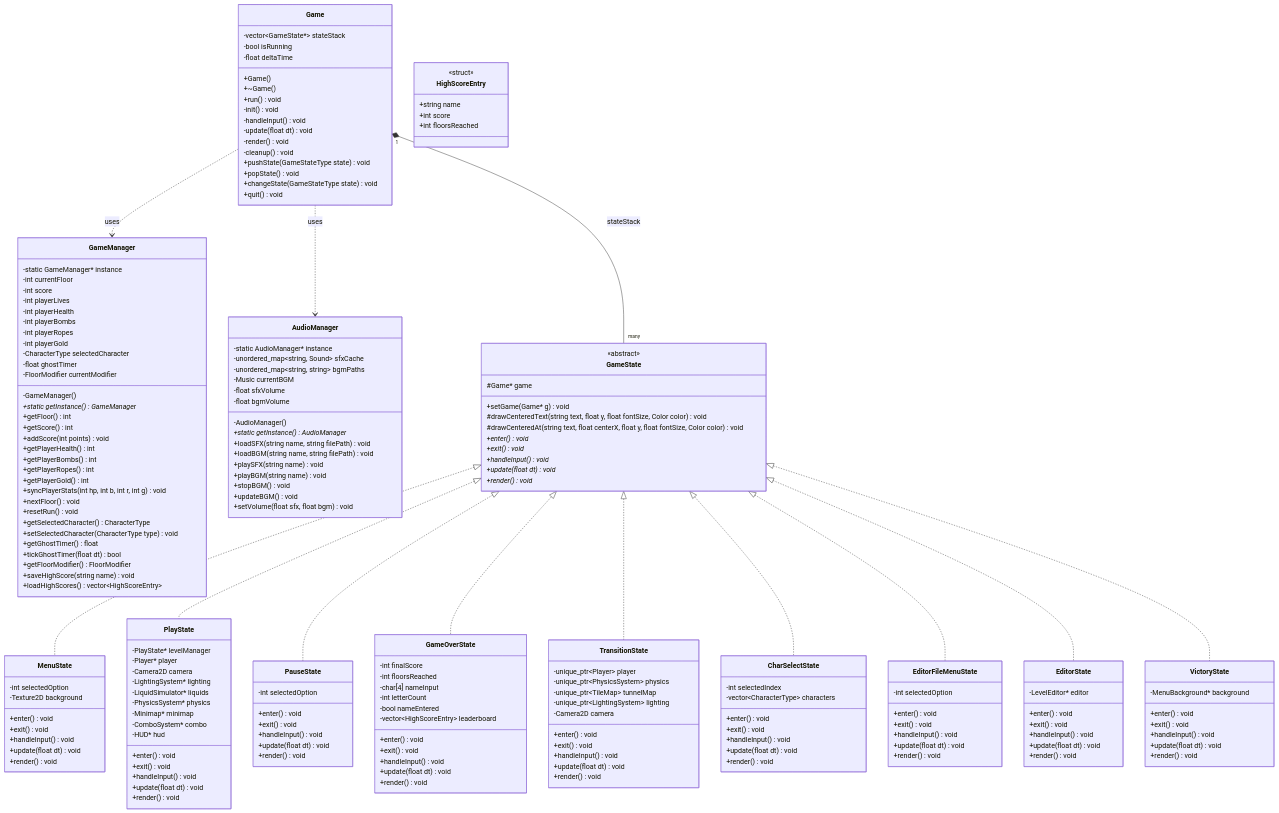
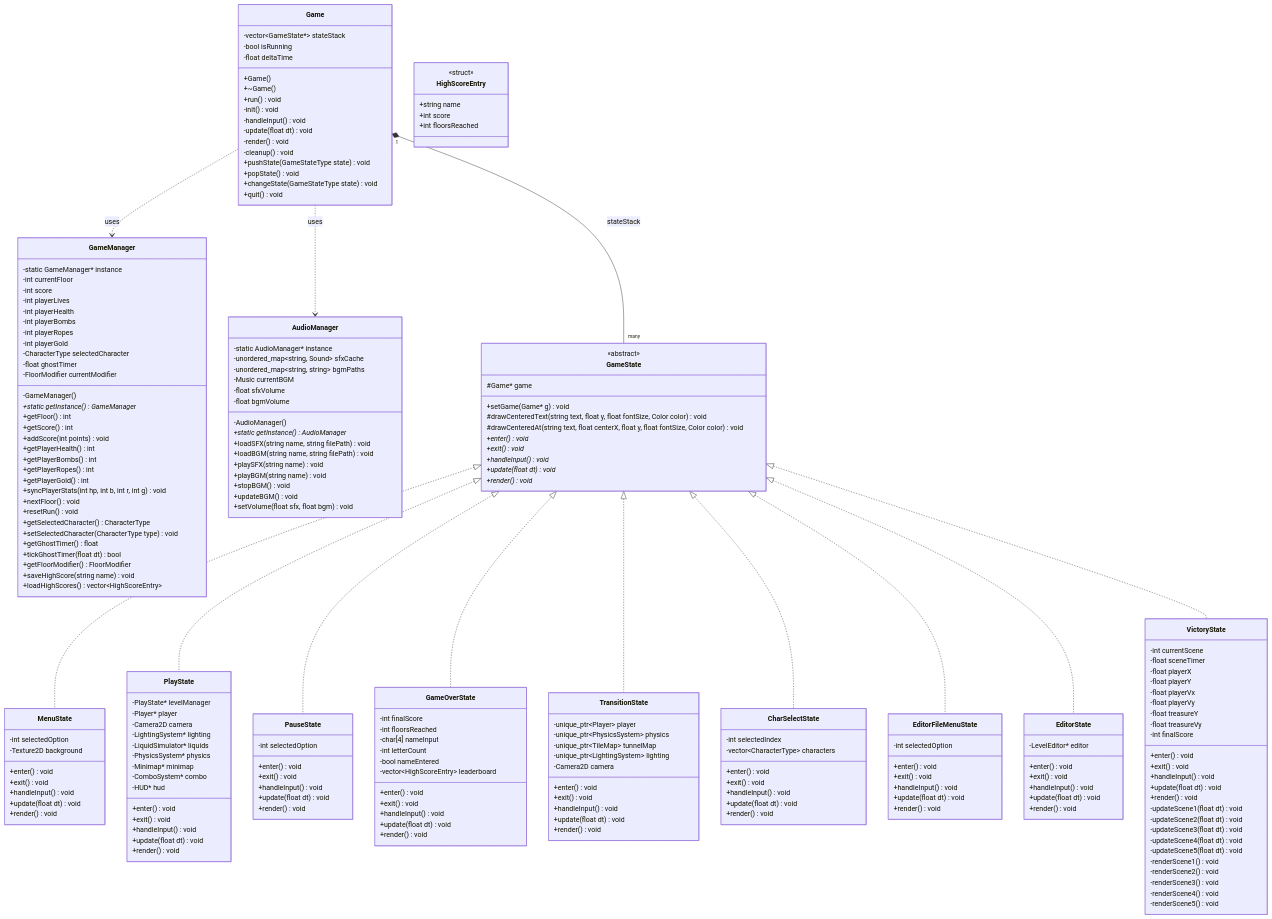
Before and after one commit to Gasmask-Chan/CS202-Cavern-Descent: the first of 13 diagrams in project_plan.md, drawn with Mermaid. The commit also changed other lines of this file, not shown here.

Commit message:
docs: update VictoryState architecture and ending sequence in project_plan.md

```diff
--- a/project_plan.md
+++ b/project_plan.md
@@ -283,12 +283,30 @@
     }
 
     class VictoryState {
-        -MenuBackground* background
+        -int currentScene
+        -float sceneTimer
+        -float playerX
+        -float playerY
+        -float playerVx
+        -float playerVy
+        -float treasureY
+        -float treasureVy
+        -int finalScore
         +enter() void
         +exit() void
         +handleInput() void
         +update(float dt) void
         +render() void
+        -updateScene1(float dt) void
+        -updateScene2(float dt) void
+        -updateScene3(float dt) void
+        -updateScene4(float dt) void
+        -updateScene5(float dt) void
+        -renderScene1() void
+        -renderScene2() void
+        -renderScene3() void
+        -renderScene4() void
+        -renderScene5() void
     }
 
     Game "1" *-- "many" GameState : stateStack
```
